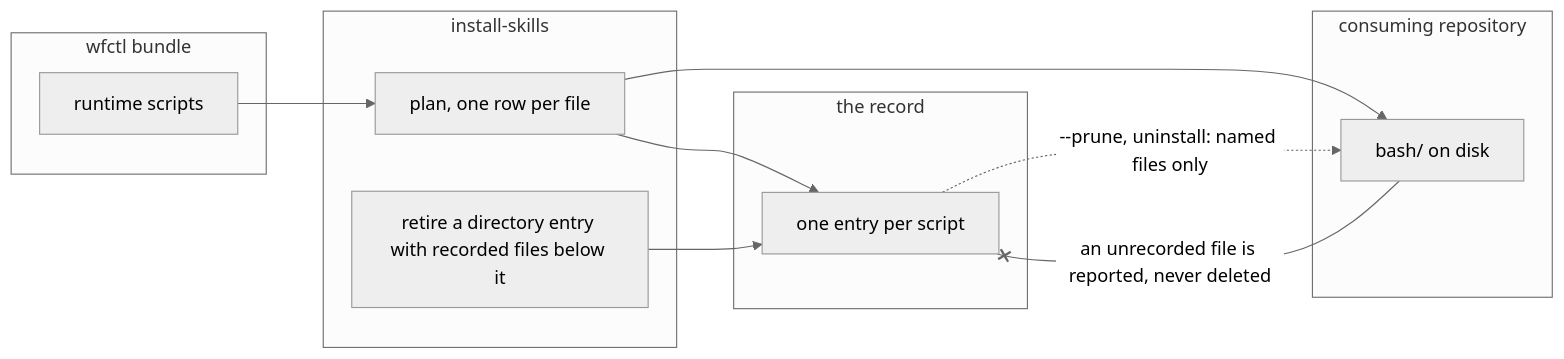
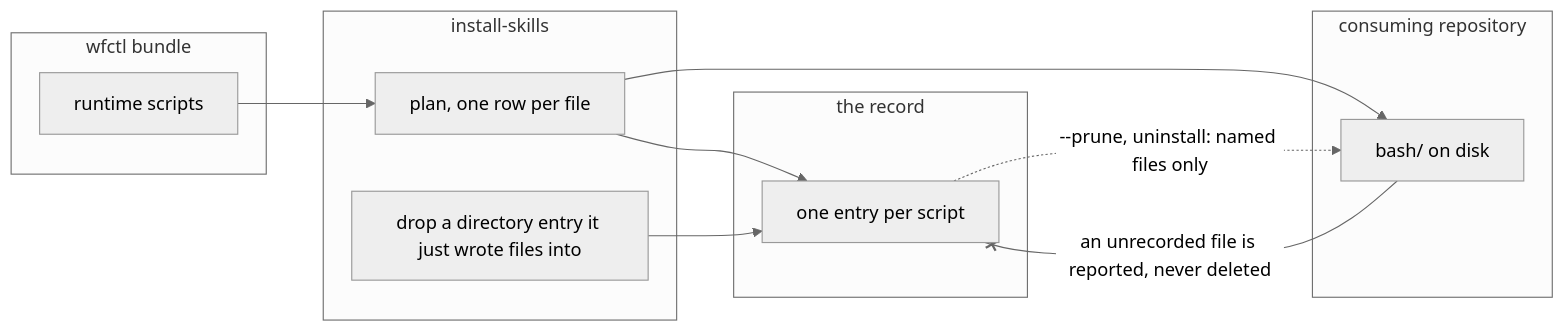
Before and after one commit to aamarin/wfctl: the diagram in docs/architecture/deletion-follows-recorded-files.md, drawn with Mermaid (neutral theme). The commit also changed other lines of this file, not shown here.

First line of the commit message:
docs(arch): drop the full migration from the per-file scripts record

````diff
--- a/docs/architecture/deletion-follows-recorded-files.md
+++ b/docs/architecture/deletion-follows-recorded-files.md
@@ -62,23 +63,23 @@
 ```mermaid
 flowchart LR
     subgraph bundle["wfctl bundle"]
         scripts["runtime scripts"]
     end
     subgraph install["install-skills"]
         plan["plan, one row per file"]
-        retire["retire a directory entry with recorded files below it"]
+        retire["drop a directory entry it just wrote files into"]
     end
     subgraph record["the record"]
         entries["one entry per script"]
     end
     subgraph disk["consuming repository"]
         bash["bash/ on disk"]
     end
 
     scripts --> plan
     plan --> entries
     plan --> bash
     retire --> entries
     entries -.->|"--prune, uninstall: named files only"| bash
     bash --x|"an unrecorded file is reported, never deleted"| entries
 ```
````
